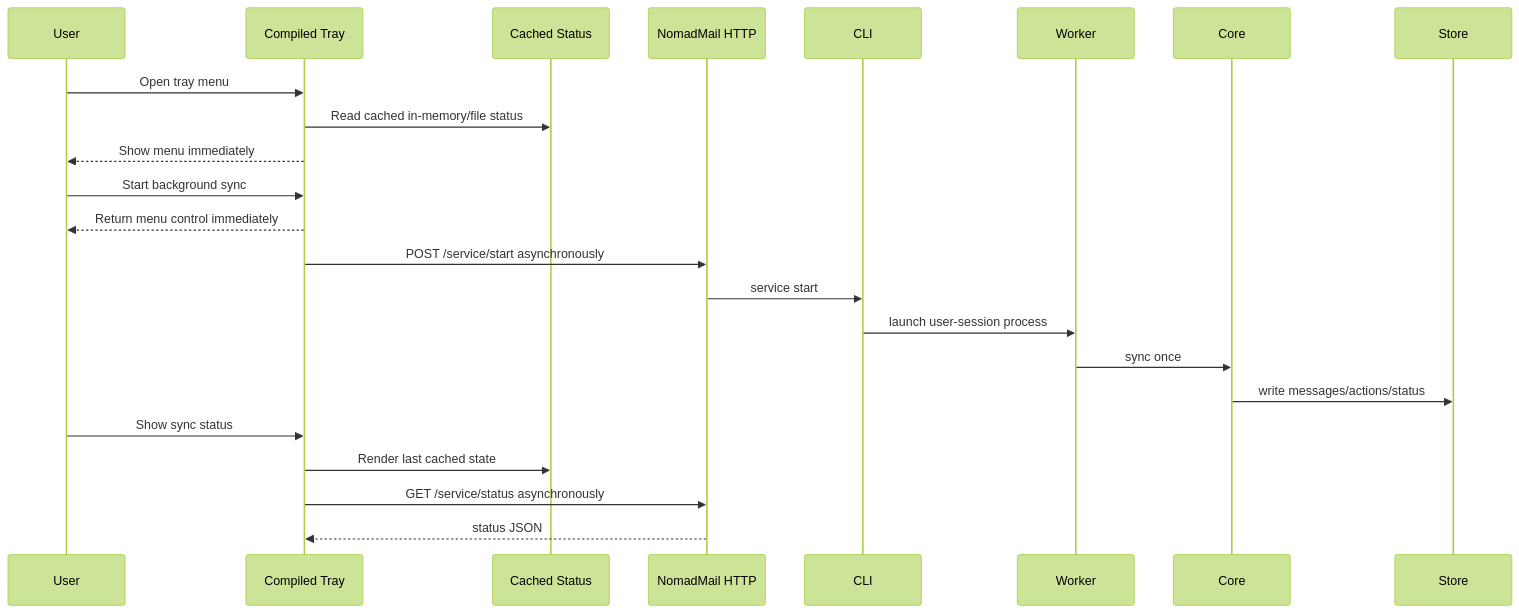
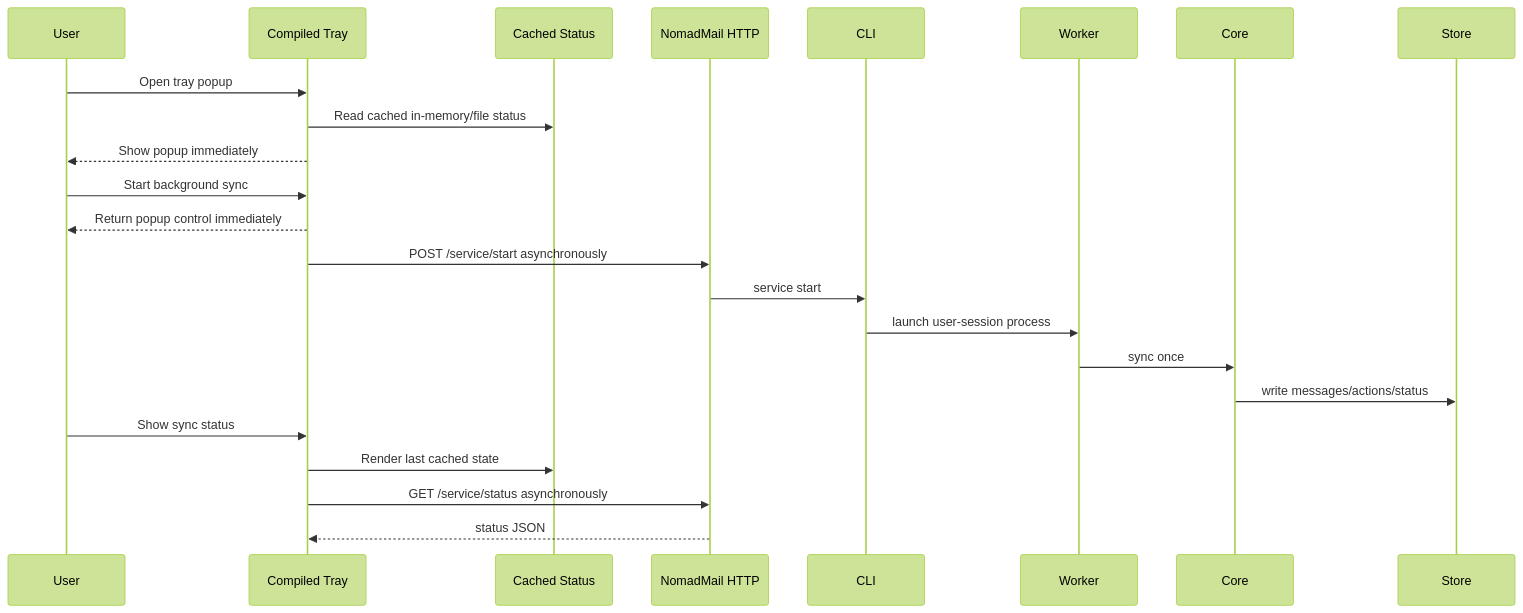
The sixth of 6 diagrams in docs/c4/03-dynamic-flows.md (Prathyush-KKK/NomadMail), drawn with Mermaid (forest theme) before and after one commit. The commit also changed other lines of this file and 36 other files, not shown here.

````diff
--- a/docs/c4/03-dynamic-flows.md
+++ b/docs/c4/03-dynamic-flows.md
@@ -94,26 +120,26 @@
 ```mermaid
 sequenceDiagram
     participant User
     participant Tray as Compiled Tray
     participant Cache as Cached Status
     participant HTTP as NomadMail HTTP
     participant CLI
     participant Worker
     participant Core
     participant Store
 
-    User->>Tray: Open tray menu
+    User->>Tray: Open tray popup
     Tray->>Cache: Read cached in-memory/file status
-    Tray-->>User: Show menu immediately
+    Tray-->>User: Show popup immediately
     User->>Tray: Start background sync
-    Tray-->>User: Return menu control immediately
+    Tray-->>User: Return popup control immediately
     Tray->>HTTP: POST /service/start asynchronously
     HTTP->>CLI: service start
     CLI->>Worker: launch user-session process
     Worker->>Core: sync once
     Core->>Store: write messages/actions/status
     User->>Tray: Show sync status
     Tray->>Cache: Render last cached state
     Tray->>HTTP: GET /service/status asynchronously
     HTTP-->>Tray: status JSON
 ```
````
